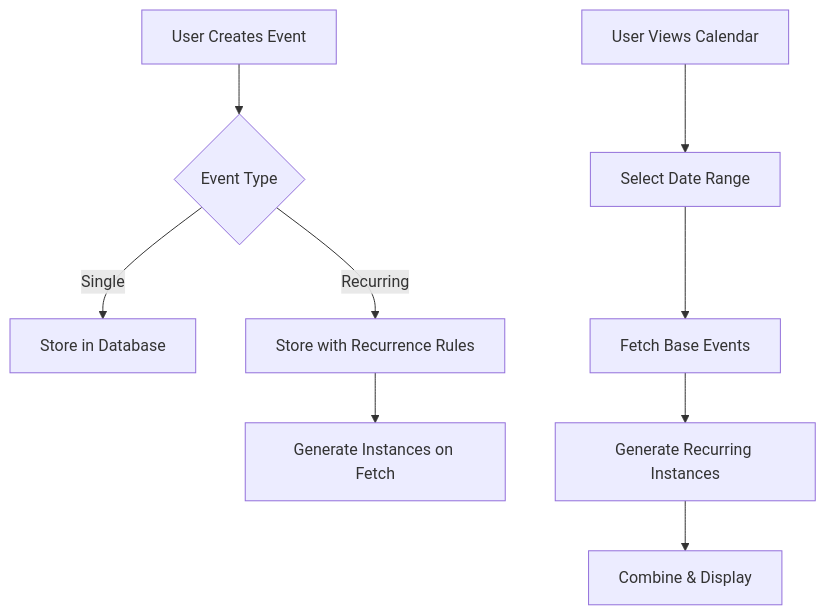
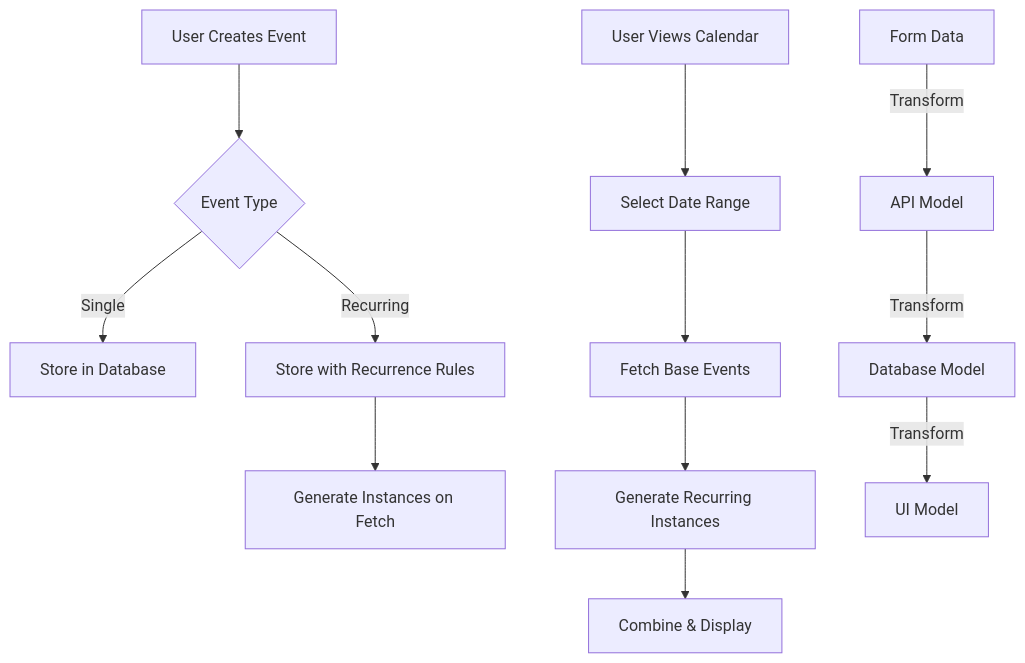
One commit to Shuggster/BonCRM changed the diagram in docs/calendar-system.md. Above: the diagram before and after it, drawn with Mermaid. The commit also changed other lines of this file and 24 other files, not shown here.

````diff
--- a/docs/calendar-system.md
+++ b/docs/calendar-system.md
@@ -12,12 +164,17 @@
 ```mermaid
 graph TD
     A[User Creates Event] --> B{Event Type}
     B -->|Single| C[Store in Database]
     B -->|Recurring| D[Store with Recurrence Rules]
     D --> E[Generate Instances on Fetch]
     
     F[User Views Calendar] --> G[Select Date Range]
     G --> H[Fetch Base Events]
     H --> I[Generate Recurring Instances]
     I --> J[Combine & Display]
+
+    %% Data transformation flow
+    K[Form Data] -->|Transform| L[API Model]
+    L -->|Transform| M[Database Model]
+    M -->|Transform| N[UI Model]
 ```
````
